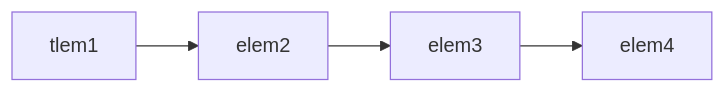
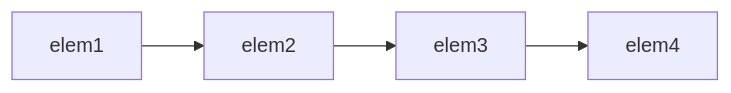
Before and after one commit to Free-Aaron-Li/Cpp_Study-program: the first of 2 diagrams in Cpp_Primer_Studying/PartII_STL/ChapterNine_SeqContainer/docs/ChapterNine_顺序容器.md, drawn with Mermaid. The commit also changed other lines of this file and 5 other files, not shown here.

````diff
--- a/Cpp_Primer_Studying/PartII_STL/ChapterNine_SeqContainer/docs/ChapterNine_顺序容器.md
+++ b/Cpp_Primer_Studying/PartII_STL/ChapterNine_SeqContainer/docs/ChapterNine_顺序容器.md
@@ -518,4 +520,4 @@
 ```mermaid
 flowchart LR
-    tlem1-->elem2-->elem3-->elem4
+    elem1-->elem2-->elem3-->elem4
 ```
````
